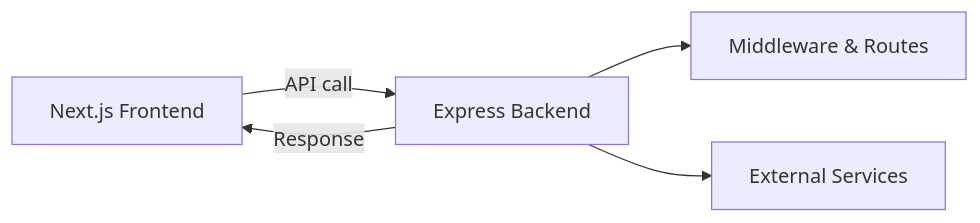
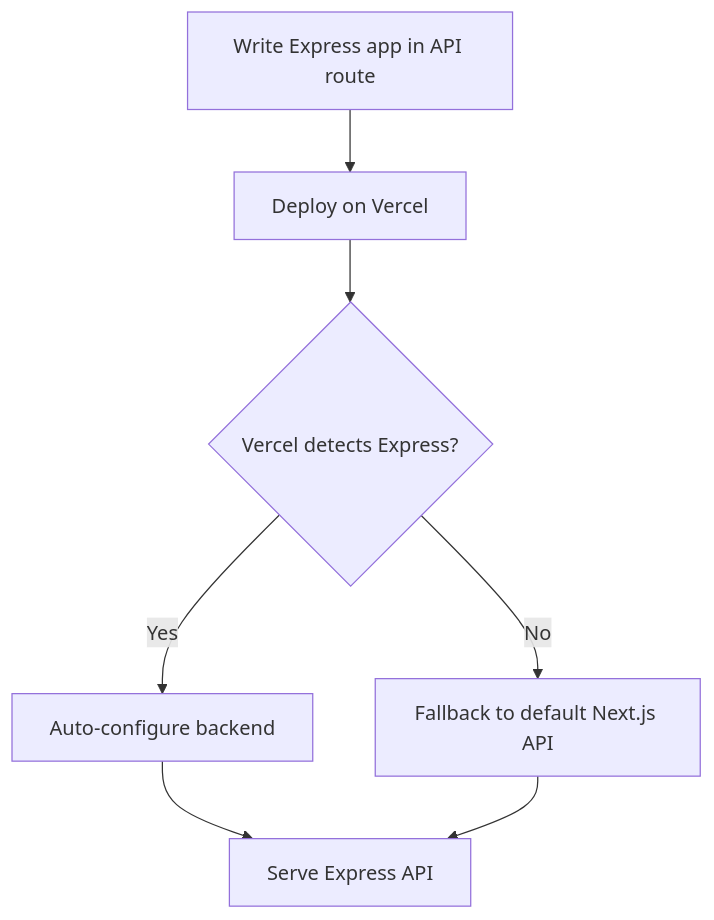
The diagram in content/blog/2025-09-05-zero-configuration-express-backends-89d739.mdx (zeeshanjunaid/zeeshanjunaid.dev), drawn with Mermaid before and after one commit. The commit also changed other lines of this file, not shown here.

````diff
--- a/content/blog/2025-09-05-zero-configuration-express-backends-89d739.mdx
+++ b/content/blog/2025-09-05-zero-configuration-express-backends-89d739.mdx
@@ -87,7 +132,10 @@
 ```mermaid
-flowchart LR
-  A[Next.js Frontend] -->|API call| B[Express Backend]
-  B -->|Response| A
-  B --> C[Middleware & Routes]
-  B --> D[External Services]
+%% Express backend integration flow
+flowchart TD
+  A[Write Express app in API route] --> B[Deploy on Vercel]
+  B --> C{Vercel detects Express?}
+  C -- Yes --> D[Auto-configure backend]
+  C -- No --> E[Fallback to default Next.js API]
+  D --> F[Serve Express API]
+  E --> F
 ```
````
